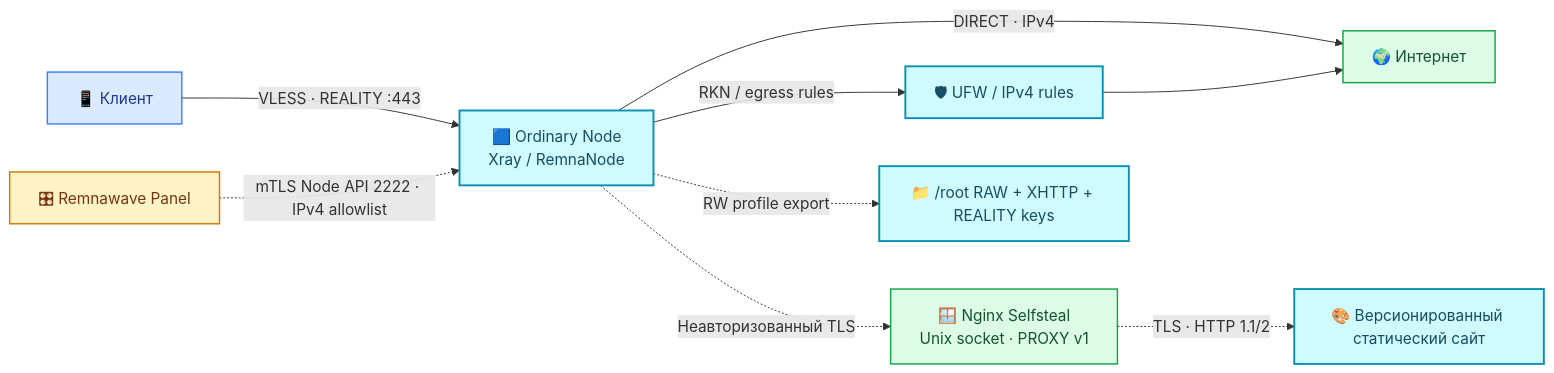
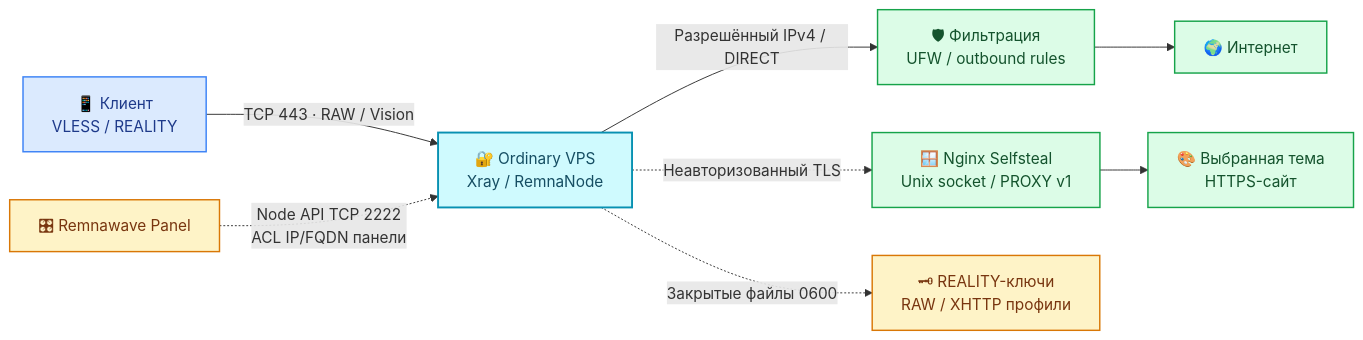
Before and after one commit to SUXARIK-GITHUB/Node_Install: the second of 3 diagrams in README.md, drawn with Mermaid. The commit also changed other lines of this file and 16 other files, not shown here.

````diff
--- a/README.md
+++ b/README.md
@@ -301,19 +172,18 @@
 ```mermaid
 flowchart LR
-    C["📱 Клиент"] -->|"VLESS · REALITY :443"| O["🟦 Ordinary Node<br/>Xray / RemnaNode"]
-    O -->|"DIRECT · IPv4"| I["🌍 Интернет"]
-    O -.->|Неавторизованный TLS| W["🪟 Nginx Selfsteal<br/>Unix socket · PROXY v1"]
-    P["🎛 Remnawave Panel"] -.->|mTLS Node API 2222 · IPv4 allowlist| O
-    O -->|RKN / egress rules| F["🛡 UFW / IPv4 rules"]
-    F --> I
-    O -.->|RW profile export| R["📁 /root RAW + XHTTP + REALITY keys"]
-    W -.->|TLS · HTTP 1.1/2| S["🎨 Версионированный статический сайт"]
-    classDef user fill:#dbeafe,stroke:#3b82f6,color:#1e3a8a,stroke-width:1.5px;
-    classDef node fill:#cffafe,stroke:#0891b2,color:#164e63,stroke-width:2px;
-    classDef web fill:#dcfce7,stroke:#16a34a,color:#14532d,stroke-width:1.5px;
-    classDef control fill:#fef3c7,stroke:#d97706,color:#78350f,stroke-width:1.5px;
-    class C user;
-    class O node;
-    class I,W web;
-    class P control;
+    CLIENT["📱 Клиент<br/>VLESS / REALITY"] -->|"TCP 443 · RAW / Vision"| XRAY["🔐 Ordinary VPS<br/>Xray / RemnaNode"]
+    XRAY -->|"Разрешённый IPv4 / DIRECT"| FW["🛡 Фильтрация<br/>UFW / outbound rules"]
+    FW --> NET["🌍 Интернет"]
+    XRAY -.->|"Неавторизованный TLS"| NGX["🪟 Nginx Selfsteal<br/>Unix socket / PROXY v1"]
+    NGX --> SITE["🎨 Выбранная тема<br/>HTTPS-сайт"]
+    PANEL["🎛 Remnawave Panel"] -.->|"Node API TCP 2222<br/>ACL IP/FQDN панели"| XRAY
+    XRAY -.->|"Закрытые файлы 0600"| KEYS["🗝 REALITY-ключи<br/>RAW / XHTTP профили"]
+    classDef client fill:#dbeafe,stroke:#3b82f6,color:#1e3a8a,stroke-width:1.5px;
+    classDef core fill:#cffafe,stroke:#0891b2,color:#164e63,stroke-width:2px;
+    classDef net fill:#dcfce7,stroke:#16a34a,color:#14532d,stroke-width:1.5px;
+    classDef ctl fill:#fef3c7,stroke:#d97706,color:#78350f,stroke-width:1.5px;
+    class CLIENT client;
+    class XRAY core;
+    class FW,NET,NGX,SITE net;
+    class PANEL,KEYS ctl;
 ```
````
